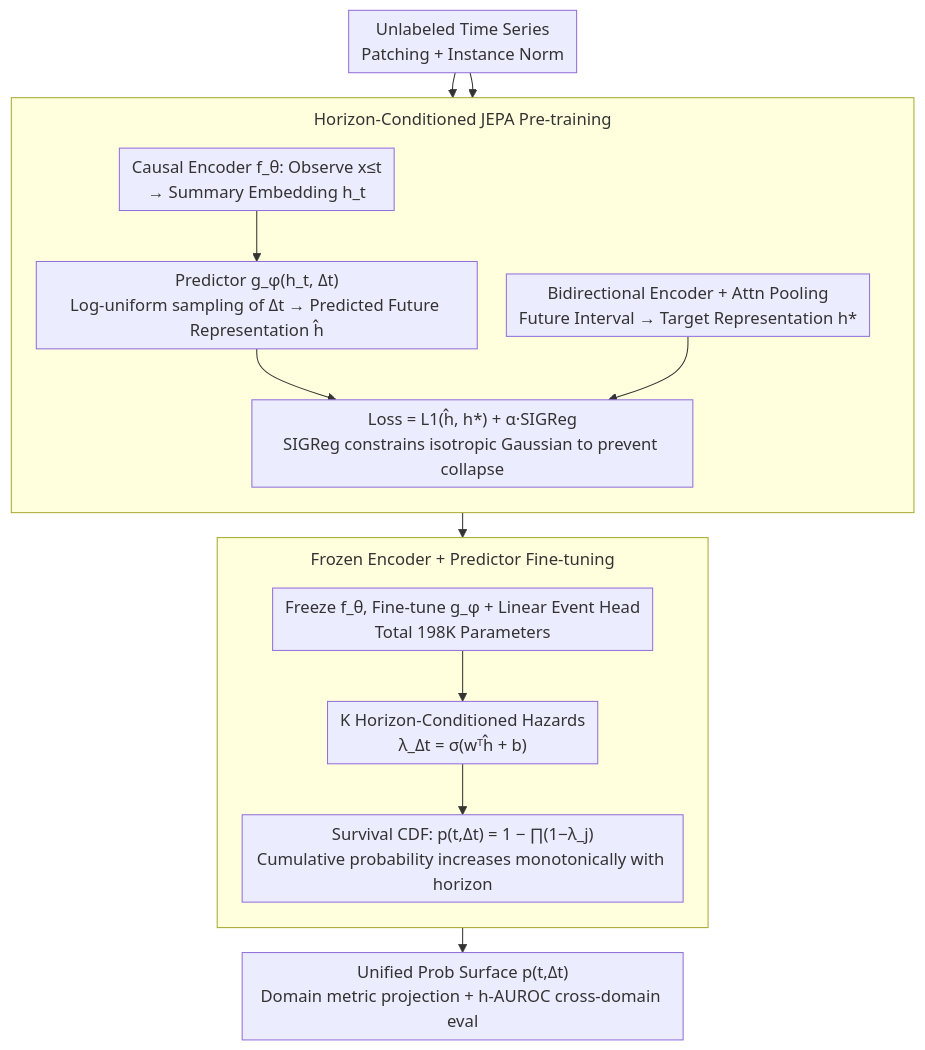
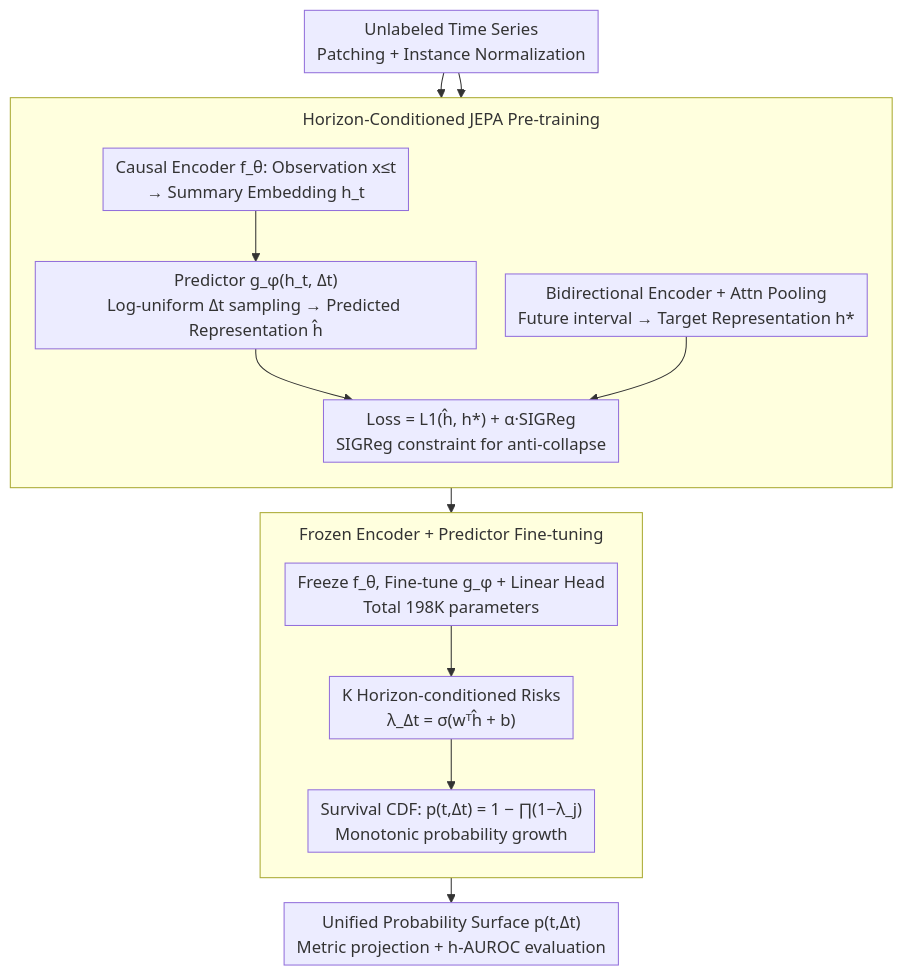
One commit to zhaoyang97/Paper-Notes-en changed the diagram in docs/ICML2026/time_series/hepa_a_self-supervised_horizon-conditioned_event_predictive_architecture_for_tim.md. Above: the diagram before and after it, drawn with Mermaid. The commit also changed other lines of this file and 5084 other files, not shown here.

````diff
--- a/docs/ICML2026/time_series/hepa_a_self-supervised_horizon-conditioned_event_predictive_architecture_for_tim.md
+++ b/docs/ICML2026/time_series/hepa_a_self-supervised_horizon-conditioned_event_predictive_architecture_for_tim.md
@@ -46,28 +46,28 @@
 ```mermaid
 %%{init: {'flowchart': {'rankSpacing': 24, 'nodeSpacing': 28, 'padding': 6, 'wrappingWidth': 400, 'subGraphTitleMargin': {'top': 8, 'bottom': 16}}}}%%
 flowchart TD
-    X["Unlabeled Time Series<br/>Patching + Instance Norm"]
+    X["Unlabeled Time Series<br/>Patching + Instance Normalization"]
 
     subgraph PT["Horizon-Conditioned JEPA Pre-training"]
         direction TB
-        ENC["Causal Encoder f_θ: Observe x≤t<br/>→ Summary Embedding h_t"]
-        PRED["Predictor g_φ(h_t, Δt)<br/>Log-uniform sampling of Δt → Predicted Future Representation ĥ"]
-        TGT["Bidirectional Encoder + Attn Pooling<br/>Future Interval → Target Representation h*"]
-        LOSS["Loss = L1(ĥ, h*) + α·SIGReg<br/>SIGReg constrains isotropic Gaussian to prevent collapse"]
+        ENC["Causal Encoder f_θ: Observation x≤t<br/>→ Summary Embedding h_t"]
+        PRED["Predictor g_φ(h_t, Δt)<br/>Log-uniform Δt sampling → Predicted Representation ĥ"]
+        TGT["Bidirectional Encoder + Attn Pooling<br/>Future interval → Target Representation h*"]
+        LOSS["Loss = L1(ĥ, h*) + α·SIGReg<br/>SIGReg constraint for anti-collapse"]
         ENC --> PRED --> LOSS
         TGT --> LOSS
     end
 
     subgraph FT["Frozen Encoder + Predictor Fine-tuning"]
         direction TB
-        FREEZE["Freeze f_θ, Fine-tune g_φ + Linear Event Head<br/>Total 198K Parameters"]
-        HAZ["K Horizon-Conditioned Hazards<br/>λ_Δt = σ(wᵀĥ + b)"]
-        CDF["Survival CDF: p(t,Δt) = 1 − ∏(1−λ_j)<br/>Cumulative probability increases monotonically with horizon"]
+        FREEZE["Freeze f_θ, Fine-tune g_φ + Linear Head<br/>Total 198K parameters"]
+        HAZ["K Horizon-conditioned Risks<br/>λ_Δt = σ(wᵀĥ + b)"]
+        CDF["Survival CDF: p(t,Δt) = 1 − ∏(1−λ_j)<br/>Monotonic probability growth"]
         FREEZE --> HAZ --> CDF
     end
 
     X --> ENC
     X --> TGT
     LOSS --> FREEZE
-    CDF --> SURF["Unified Prob Surface p(t,Δt)<br/>Domain metric projection + h-AUROC cross-domain eval"]
+    CDF --> SURF["Unified Probability Surface p(t,Δt)<br/>Metric projection + h-AUROC evaluation"]
 ```
````
